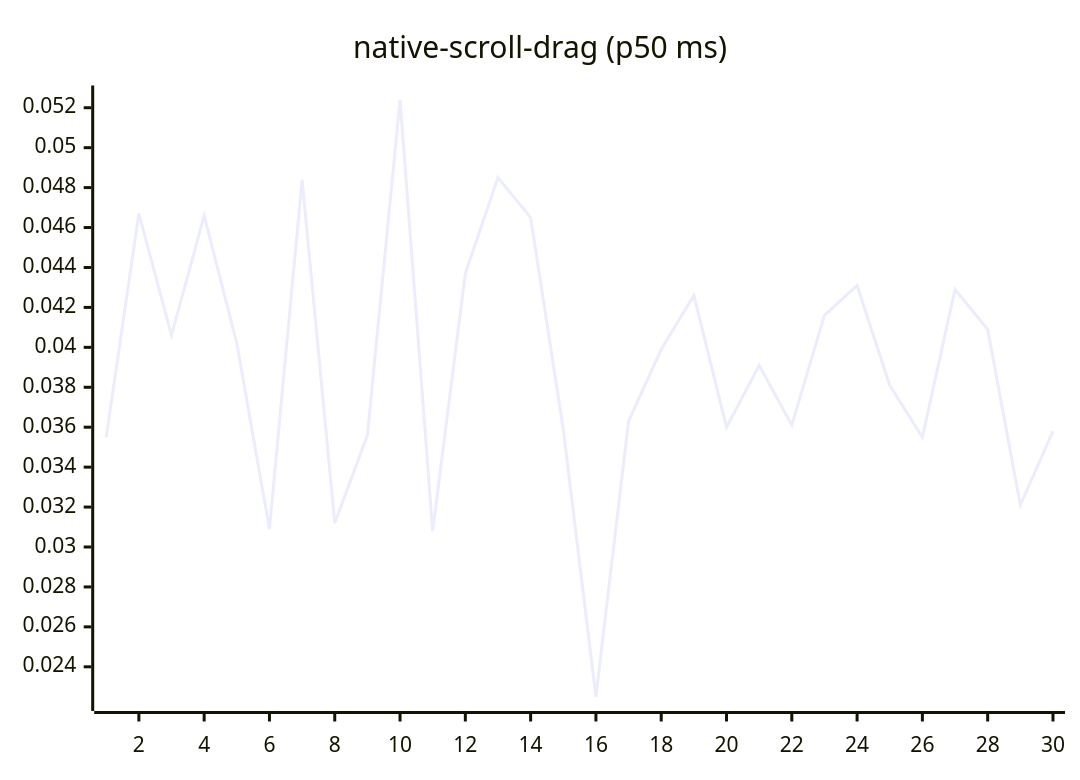
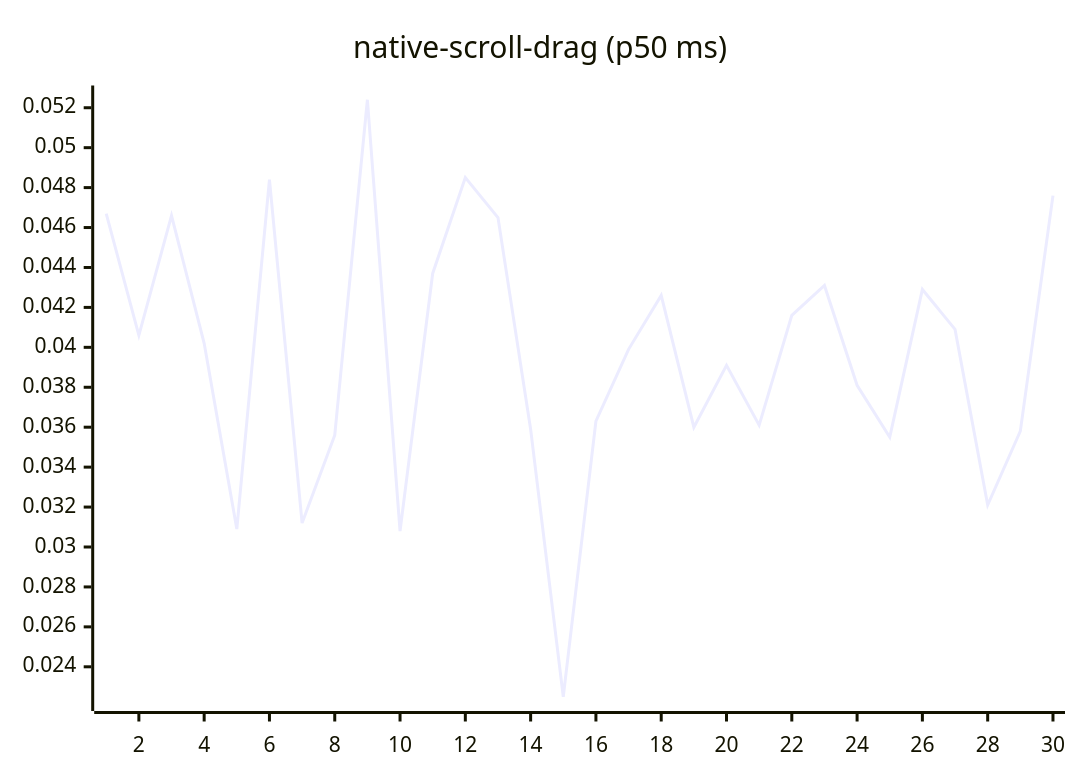
Diagram 14 of 27 in README.md (josha/Facet), drawn with Mermaid before and after one commit. The commit also changed other lines of this file and 2 other files, not shown here.

````diff
--- a/README.md
+++ b/README.md
@@ -154,6 +154,6 @@
 ```mermaid
 xychart-beta
     title "native-scroll-drag (p50 ms)"
     x-axis 1 --> 30
-    line [0.0355, 0.0467, 0.0406, 0.0466, 0.0402, 0.0309, 0.0484, 0.0312, 0.0356, 0.0524, 0.0308, 0.0437, 0.0485, 0.0465, 0.0359, 0.0225, 0.0363, 0.0399, 0.0426, 0.0360, 0.0391, 0.0361, 0.0416, 0.0431, 0.0381, 0.0355, 0.0429, 0.0409, 0.0321, 0.0358]
+    line [0.0467, 0.0406, 0.0466, 0.0402, 0.0309, 0.0484, 0.0312, 0.0356, 0.0524, 0.0308, 0.0437, 0.0485, 0.0465, 0.0359, 0.0225, 0.0363, 0.0399, 0.0426, 0.0360, 0.0391, 0.0361, 0.0416, 0.0431, 0.0381, 0.0355, 0.0429, 0.0409, 0.0321, 0.0358, 0.0476]
 ```
````
